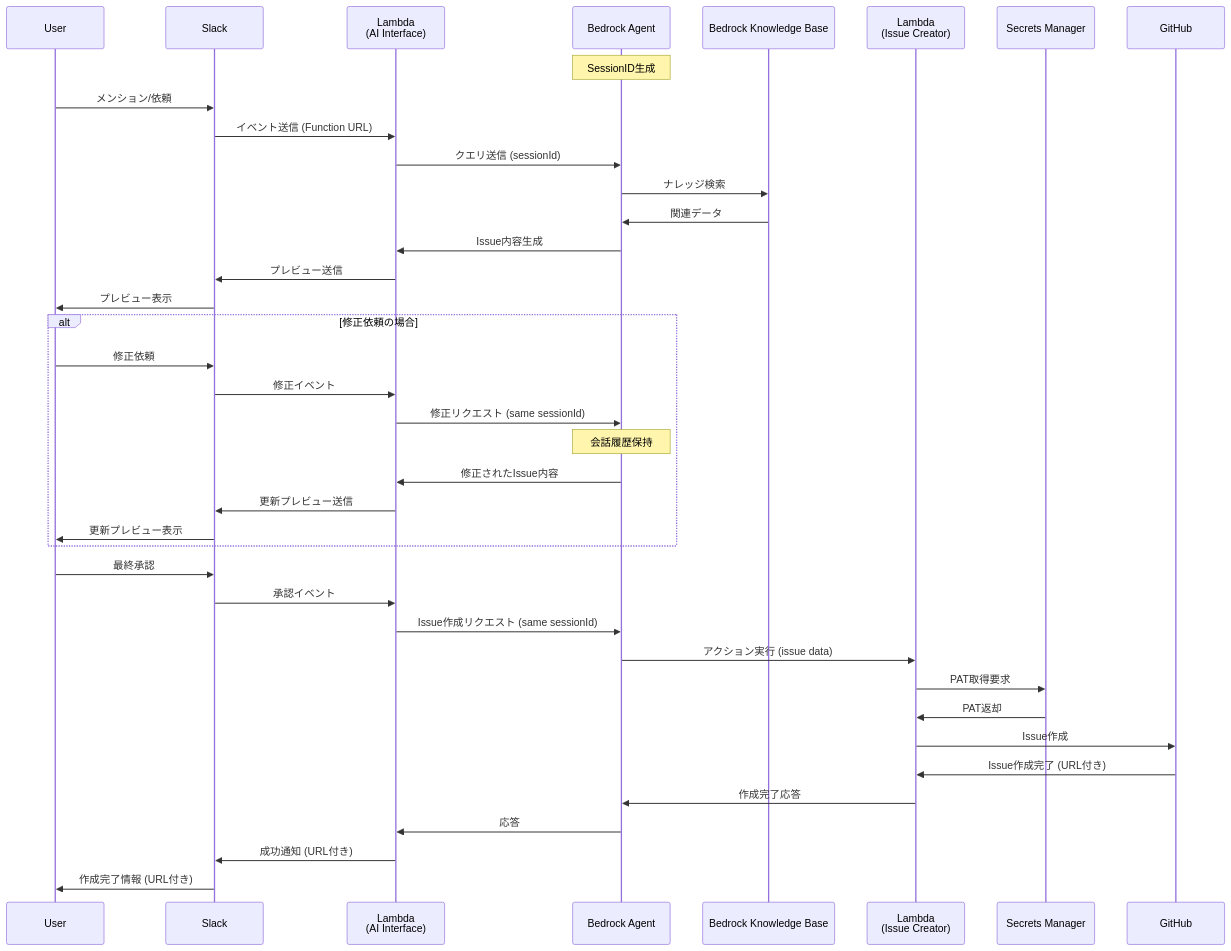
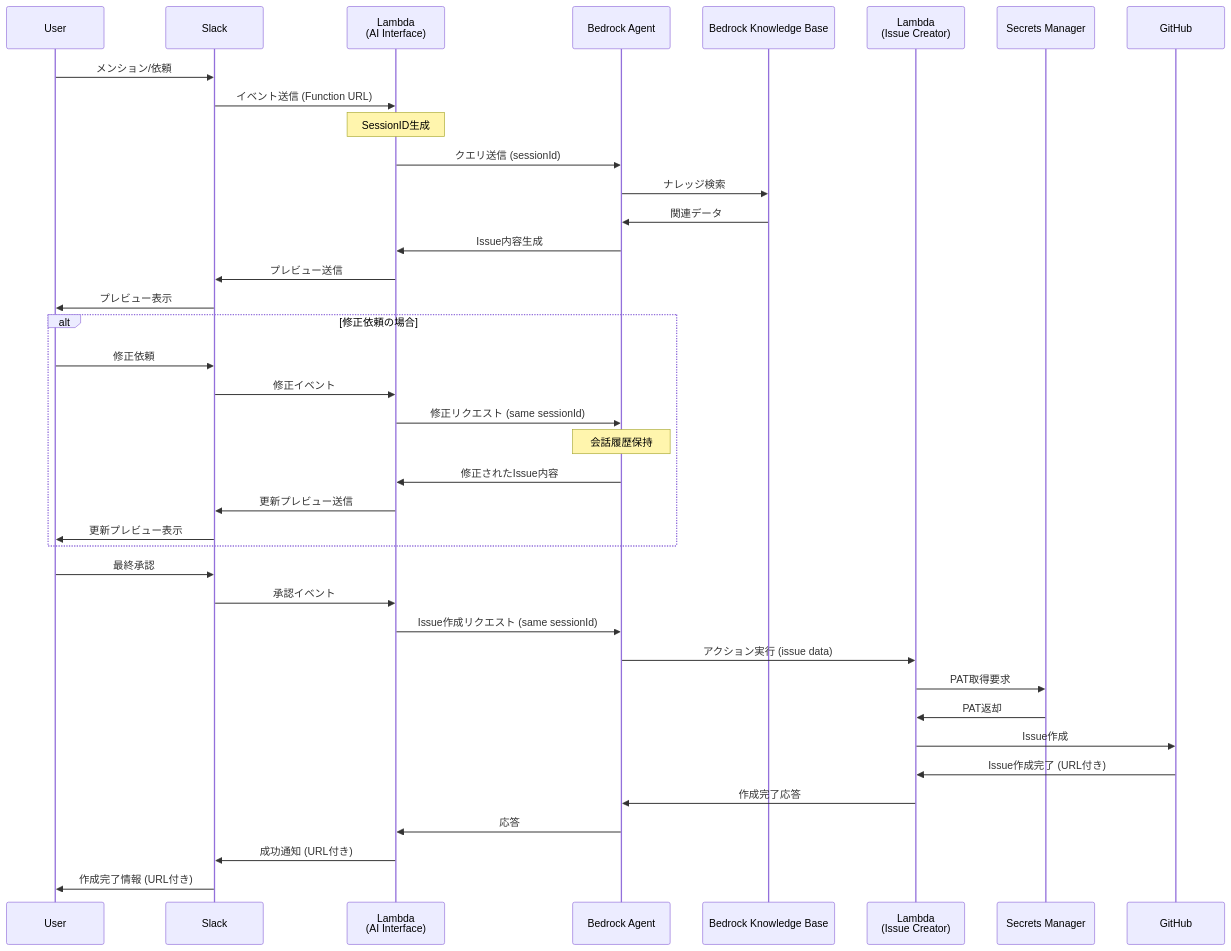
Before and after one commit to nangashi/ai-test: the second of 3 diagrams in DESIGN.md, drawn with Mermaid. The commit also changed other lines of this file and 2 other files, not shown here.

````diff
--- a/DESIGN.md
+++ b/DESIGN.md
@@ -109,45 +111,44 @@
 ```mermaid
 sequenceDiagram
     participant U as User
     participant S as Slack
     participant L1 as Lambda<br/>(AI Interface)
     participant BA as Bedrock Agent
     participant KB as Bedrock Knowledge Base
     participant L2 as Lambda<br/>(Issue Creator)
     participant SM as Secrets Manager
     participant GH as GitHub
 
-    Note over BA: SessionID生成
-
     U->>S: メンション/依頼
     S->>L1: イベント送信 (Function URL)
+    Note over L1: SessionID生成
     L1->>BA: クエリ送信 (sessionId)
     BA->>KB: ナレッジ検索
     KB->>BA: 関連データ
     BA->>L1: Issue内容生成
     L1->>S: プレビュー送信
     S->>U: プレビュー表示
 
     alt 修正依頼の場合
         U->>S: 修正依頼
         S->>L1: 修正イベント
         L1->>BA: 修正リクエスト (same sessionId)
         Note over BA: 会話履歴保持
         BA->>L1: 修正されたIssue内容
         L1->>S: 更新プレビュー送信
         S->>U: 更新プレビュー表示
     end
 
     U->>S: 最終承認
     S->>L1: 承認イベント
     L1->>BA: Issue作成リクエスト (same sessionId)
     BA->>L2: アクション実行 (issue data)
     L2->>SM: PAT取得要求
     SM->>L2: PAT返却
     L2->>GH: Issue作成
     GH->>L2: Issue作成完了 (URL付き)
     L2->>BA: 作成完了応答
     BA->>L1: 応答
     L1->>S: 成功通知 (URL付き)
     S->>U: 作成完了情報 (URL付き)
 ```
````
